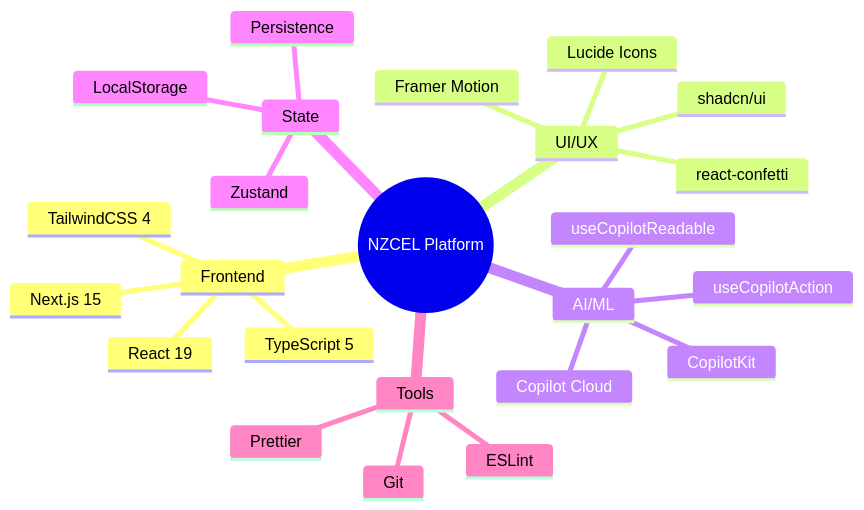
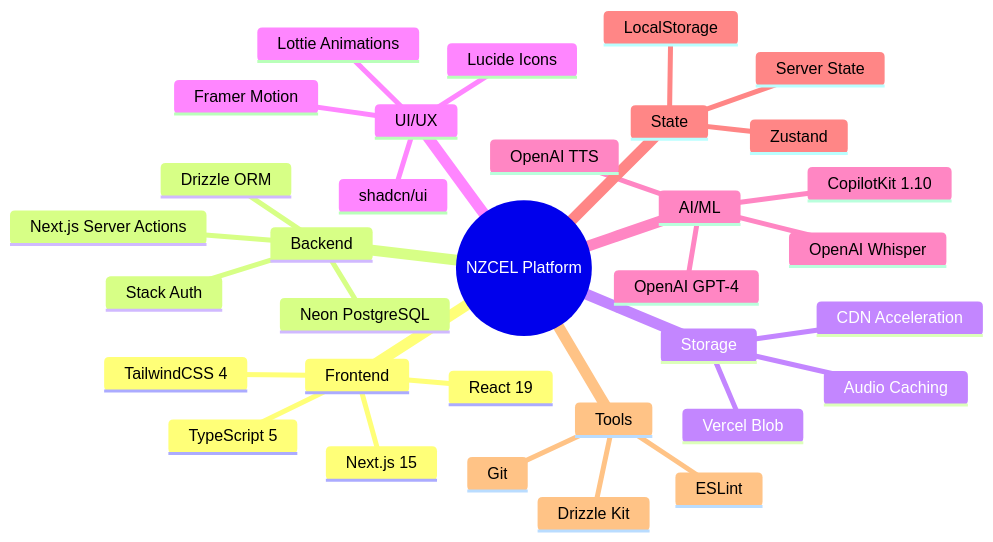
Before and after one commit to ChanMeng666/esol-learning-platform: the sixth of 12 diagrams in README.md, drawn with Mermaid. The commit also changed other lines of this file and 2 other files, not shown here.

````diff
--- a/README.md
+++ b/README.md
@@ -246,27 +294,36 @@
 ```mermaid
 mindmap
   root((NZCEL Platform))
     Frontend
       Next.js 15
       React 19
       TypeScript 5
       TailwindCSS 4
+    Backend
+      Next.js Server Actions
+      Neon PostgreSQL
+      Drizzle ORM
+      Stack Auth
+    Storage
+      Vercel Blob
+      CDN Acceleration
+      Audio Caching
     UI/UX
       shadcn/ui
       Framer Motion
       Lucide Icons
-      react-confetti
+      Lottie Animations
     AI/ML
-      CopilotKit
-      Copilot Cloud
-      useCopilotAction
-      useCopilotReadable
+      CopilotKit 1.10
+      OpenAI TTS
+      OpenAI Whisper
+      OpenAI GPT-4
     State
       Zustand
       LocalStorage
-      Persistence
+      Server State
     Tools
       ESLint
-      Prettier
+      Drizzle Kit
       Git
 ```
````
